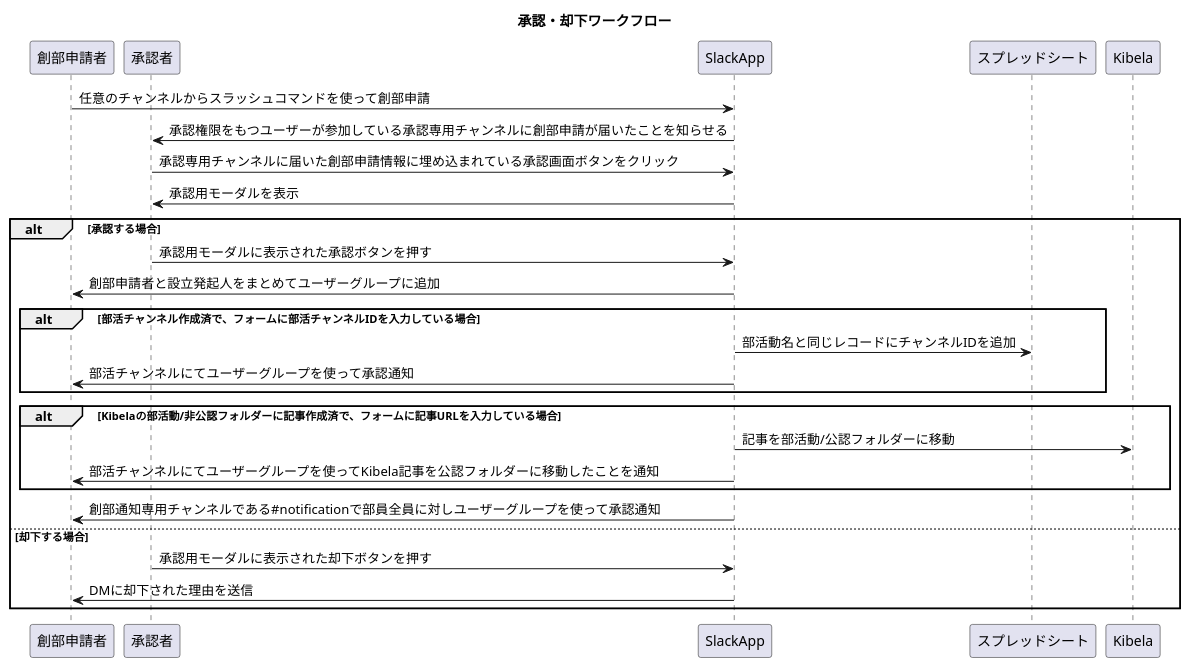
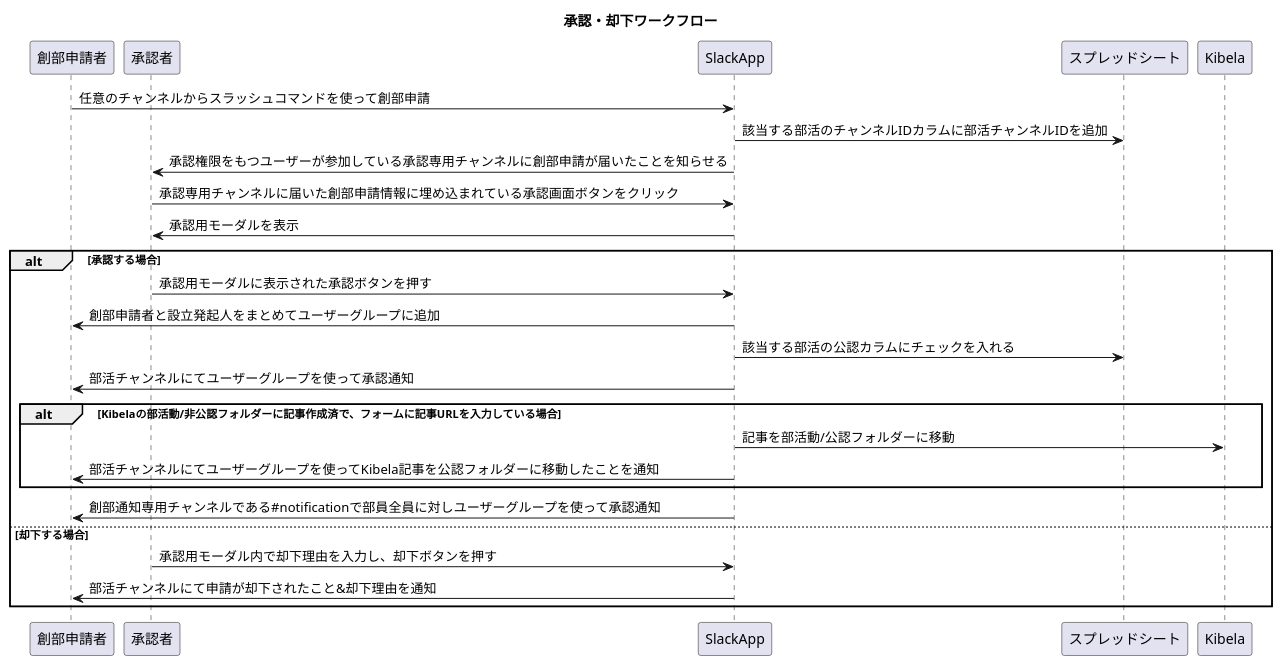
One commit to tam-bourine/club-entry-manager changed the diagram in docs/sequence-diagram/ButtonFlow.pu. Above: the diagram before and after it, drawn with PlantUML.

Commit message:
update: 部活チャンネルIDが入力必須前提で改修

```diff
--- a/docs/sequence-diagram/ButtonFlow.pu
+++ b/docs/sequence-diagram/ButtonFlow.pu
@@ -1,28 +1,27 @@
 @startuml
 title 承認・却下ワークフロー
 
 participant 創部申請者
 participant 承認者
 
 創部申請者 -> SlackApp: 任意のチャンネルからスラッシュコマンドを使って創部申請
+SlackApp -> スプレッドシート: 該当する部活のチャンネルIDカラムに部活チャンネルIDを追加
 SlackApp -> 承認者: 承認権限をもつユーザーが参加している承認専用チャンネルに創部申請が届いたことを知らせる
 承認者 -> SlackApp: 承認専用チャンネルに届いた創部申請情報に埋め込まれている承認画面ボタンをクリック
 SlackApp -> 承認者: 承認用モーダルを表示
 
 alt 承認する場合
     承認者 -> SlackApp: 承認用モーダルに表示された承認ボタンを押す
     SlackApp -> 創部申請者: 創部申請者と設立発起人をまとめてユーザーグループに追加
-    alt 部活チャンネル作成済で、フォームに部活チャンネルIDを入力している場合
-        SlackApp -> スプレッドシート: 部活動名と同じレコードにチャンネルIDを追加
-        SlackApp -> 創部申請者: 部活チャンネルにてユーザーグループを使って承認通知
-    end
+    SlackApp -> スプレッドシート: 該当する部活の公認カラムにチェックを入れる
+    SlackApp -> 創部申請者: 部活チャンネルにてユーザーグループを使って承認通知
     alt Kibelaの部活動/非公認フォルダーに記事作成済で、フォームに記事URLを入力している場合
         SlackApp -> Kibela: 記事を部活動/公認フォルダーに移動
         創部申請者 <- SlackApp: 部活チャンネルにてユーザーグループを使ってKibela記事を公認フォルダーに移動したことを通知
     end
     SlackApp -> 創部申請者: 創部通知専用チャンネルである#notificationで部員全員に対しユーザーグループを使って承認通知
 else 却下する場合
-    承認者 -> SlackApp: 承認用モーダルに表示された却下ボタンを押す
-    SlackApp -> 創部申請者: DMに却下された理由を送信
+    承認者 -> SlackApp: 承認用モーダル内で却下理由を入力し、却下ボタンを押す
+    SlackApp -> 創部申請者: 部活チャンネルにて申請が却下されたこと&却下理由を通知
 end
 @enduml
```
